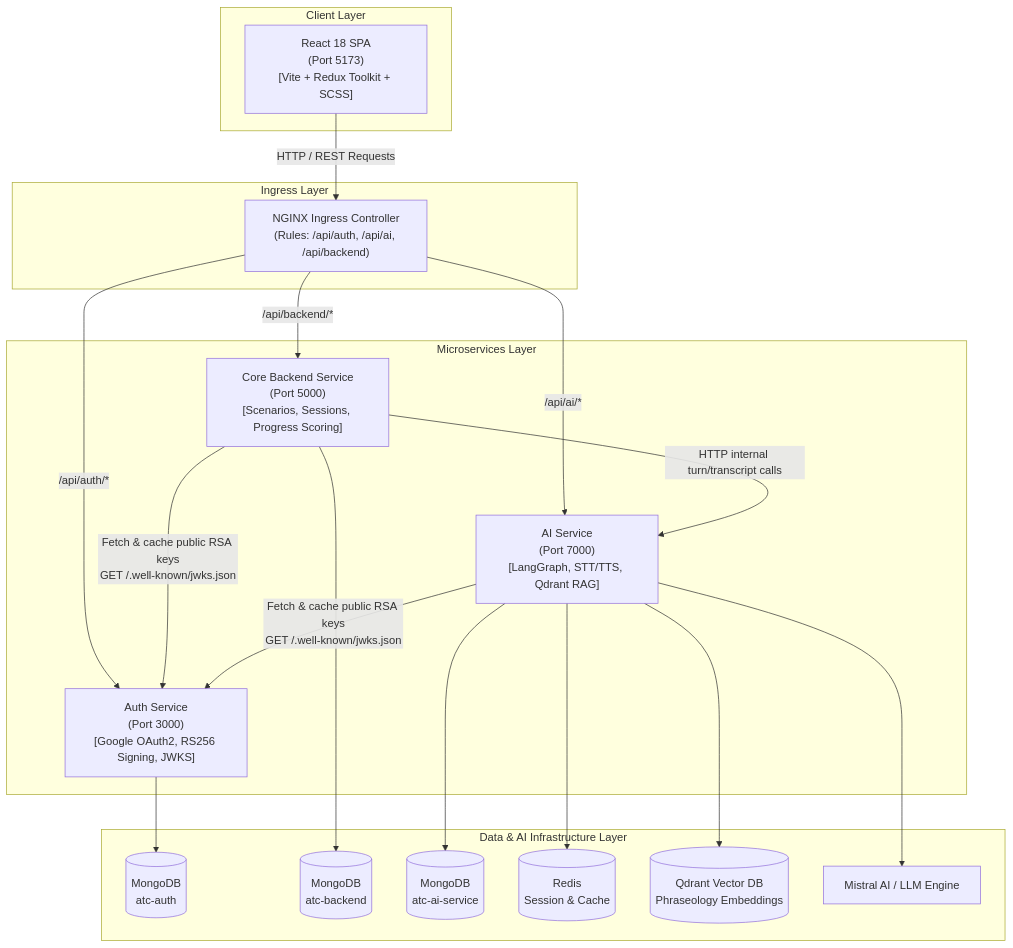
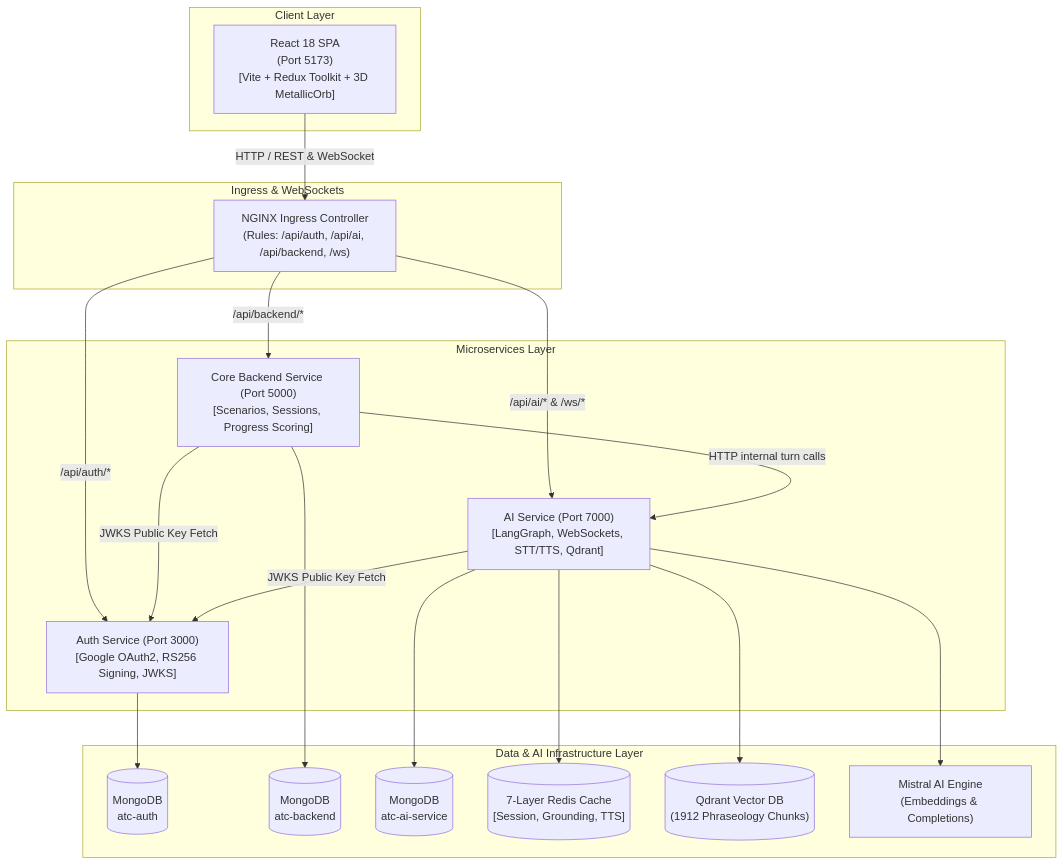
The second of 2 diagrams in README.md (Sahil-coder-30/Flight_Prep_Voice_Agent), drawn with Mermaid before and after one commit. The commit also changed other lines of this file and 4 other files, not shown here.

Commit message:
refactor: implement memory-backed Redis fallback, enhance STT reliability, and update frontend proxy and documentation.

````diff
--- a/README.md
+++ b/README.md
@@ -43,40 +98,40 @@
 ```mermaid
 flowchart TB
     subgraph Client ["Client Layer"]
-        SPA["React 18 SPA\n(Port 5173)\n[Vite + Redux Toolkit + SCSS]"]
+        SPA["React 18 SPA\n(Port 5173)\n[Vite + Redux Toolkit + 3D MetallicOrb]"]
     end
 
-    subgraph Gateway ["Ingress Layer"]
-        Ingress["NGINX Ingress Controller\n(Rules: /api/auth, /api/ai, /api/backend)"]
+    subgraph Gateway ["Ingress & WebSockets"]
+        Ingress["NGINX Ingress Controller\n(Rules: /api/auth, /api/ai, /api/backend, /ws)"]
     end
 
     subgraph Microservices ["Microservices Layer"]
-        AuthSvc["Auth Service\n(Port 3000)\n[Google OAuth2, RS256 Signing, JWKS]"]
-        BackendSvc["Core Backend Service\n(Port 5000)\n[Scenarios, Sessions, Progress Scoring]"]
-        AISvc["AI Service\n(Port 7000)\n[LangGraph, STT/TTS, Qdrant RAG]"]
+        AuthSvc["Auth Service (Port 3000)\n[Google OAuth2, RS256 Signing, JWKS]"]
+        BackendSvc["Core Backend Service (Port 5000)\n[Scenarios, Sessions, Progress Scoring]"]
+        AISvc["AI Service (Port 7000)\n[LangGraph, WebSockets, STT/TTS, Qdrant]"]
     end
 
     subgraph DataStores ["Data & AI Infrastructure Layer"]
         AuthDB[("MongoDB\natc-auth")]
         BackendDB[("MongoDB\natc-backend")]
         AIDB[("MongoDB\natc-ai-service")]
-        RedisStore[("Redis\nSession & Cache")]
-        QdrantDB[("Qdrant Vector DB\nPhraseology Embeddings")]
-        LLM["Mistral AI / LLM Engine"]
+        RedisStore[("7-Layer Redis Cache\n[Session, Grounding, TTS]")]
+        QdrantDB[("Qdrant Vector DB\n(1912 Phraseology Chunks)")]
+        LLM["Mistral AI Engine\n(Embeddings & Completions)"]
     end
 
-    SPA -->|"HTTP / REST Requests"| Ingress
+    SPA -->|"HTTP / REST & WebSocket"| Ingress
     Ingress -->|"/api/auth/*"| AuthSvc
     Ingress -->|"/api/backend/*"| BackendSvc
-    Ingress -->|"/api/ai/*"| AISvc
+    Ingress -->|"/api/ai/* & /ws/*"| AISvc
 
     AuthSvc --> AuthDB
     BackendSvc --> BackendDB
     AISvc --> AIDB
     AISvc --> RedisStore
     AISvc --> QdrantDB
     AISvc --> LLM
 
-    BackendSvc -->|"HTTP internal turn/transcript calls"| AISvc
-    BackendSvc & AISvc -->|"Fetch & cache public RSA keys\nGET /.well-known/jwks.json"| AuthSvc
+    BackendSvc -->|"HTTP internal turn calls"| AISvc
+    BackendSvc & AISvc -->|"JWKS Public Key Fetch"| AuthSvc
 ```
````
